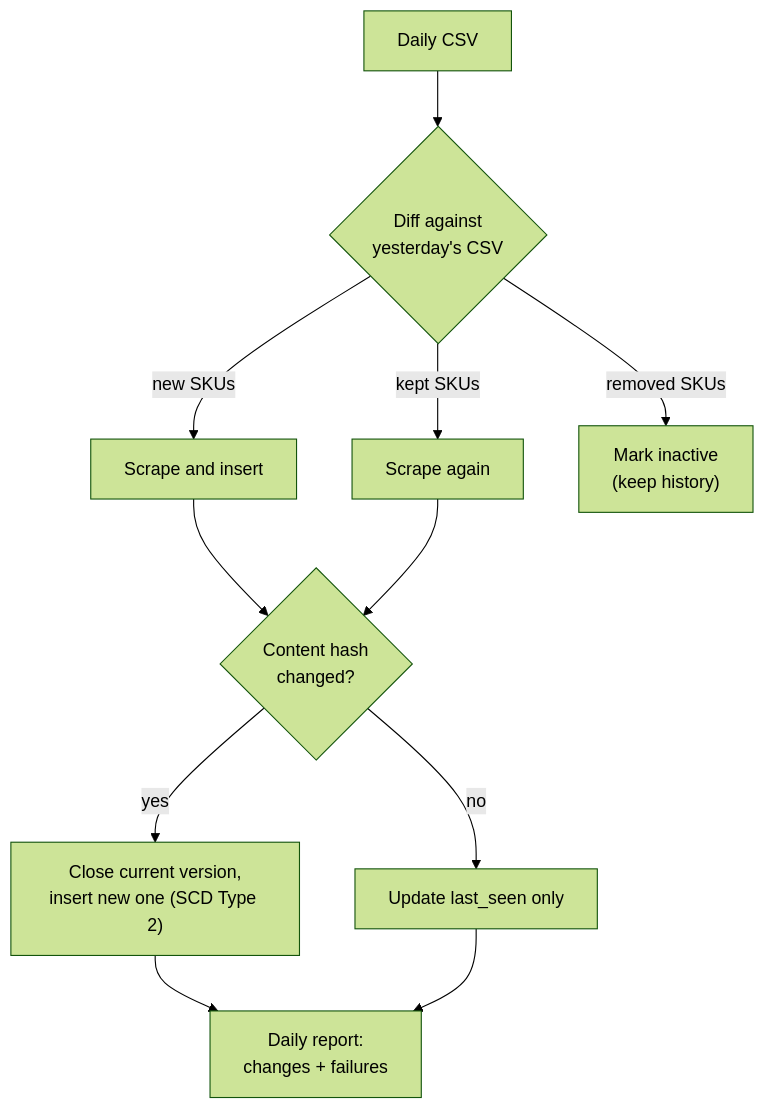
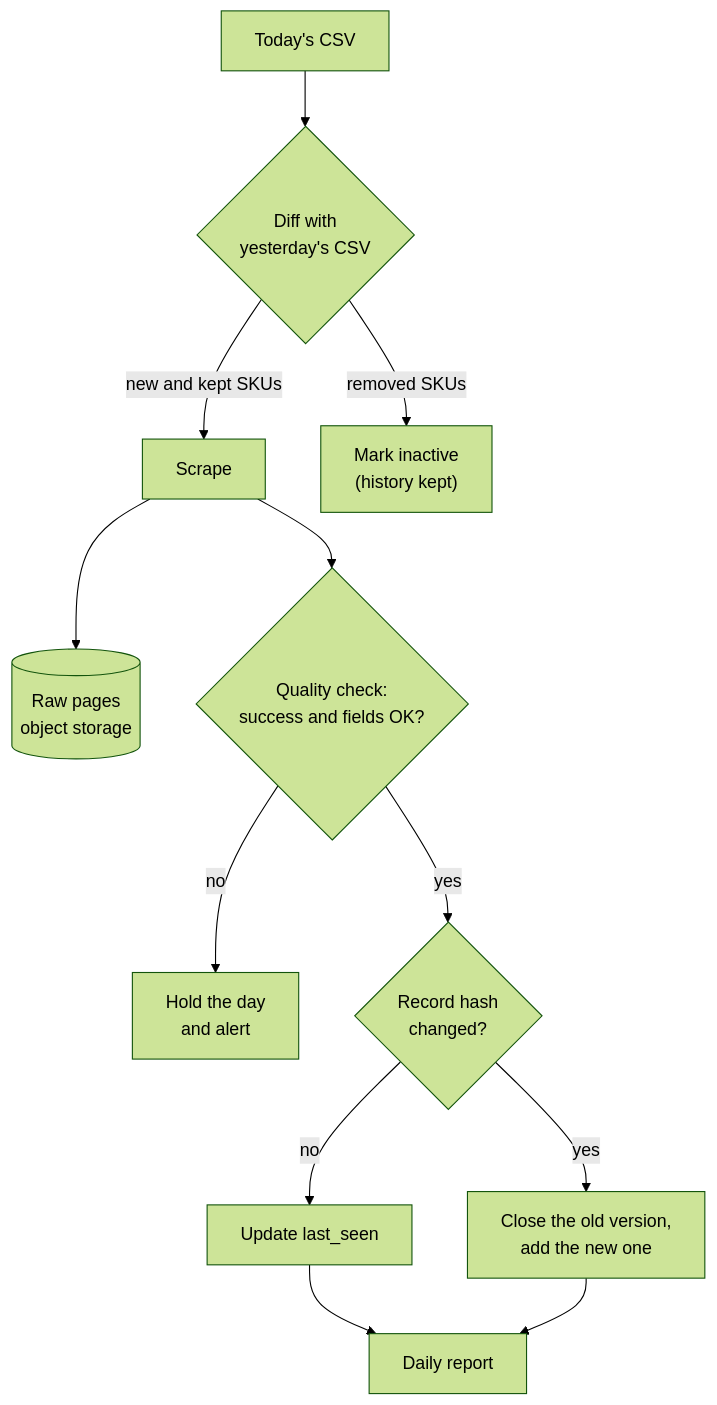
Before and after one commit to RLFreddy/retail-acquisition-engine: the third of 3 diagrams in DOCUMENTATION.md, drawn with Mermaid (forest theme). The commit also changed other lines of this file and 1 other file, not shown here.

````diff
--- a/DOCUMENTATION.md
+++ b/DOCUMENTATION.md
@@ -243,12 +349,13 @@
 ```mermaid
 flowchart TD
-    A["Daily CSV"] --> B{"Diff against<br/>yesterday's CSV"}
-    B -- new SKUs --> C["Scrape and insert"]
-    B -- kept SKUs --> D["Scrape again"]
-    B -- removed SKUs --> E["Mark inactive<br/>(keep history)"]
-    C & D --> F{"Content hash<br/>changed?"}
-    F -- no --> G["Update last_seen only"]
-    F -- yes --> H["Close current version,<br/>insert new one (SCD Type 2)"]
-    H --> I["Daily report:<br/>changes + failures"]
-    G --> I
+    A["Today's CSV"] --> B{"Diff with<br/>yesterday's CSV"}
+    B -- "new and kept SKUs" --> C["Scrape"]
+    B -- "removed SKUs" --> E["Mark inactive<br/>(history kept)"]
+    C --> R[("Raw pages<br/>object storage")]
+    C --> Q{"Quality check:<br/>success and fields OK?"}
+    Q -- no --> X["Hold the day<br/>and alert"]
+    Q -- yes --> F{"Record hash<br/>changed?"}
+    F -- no --> G["Update last_seen"]
+    F -- yes --> H["Close the old version,<br/>add the new one"]
+    G & H --> I["Daily report"]
 ```
````
